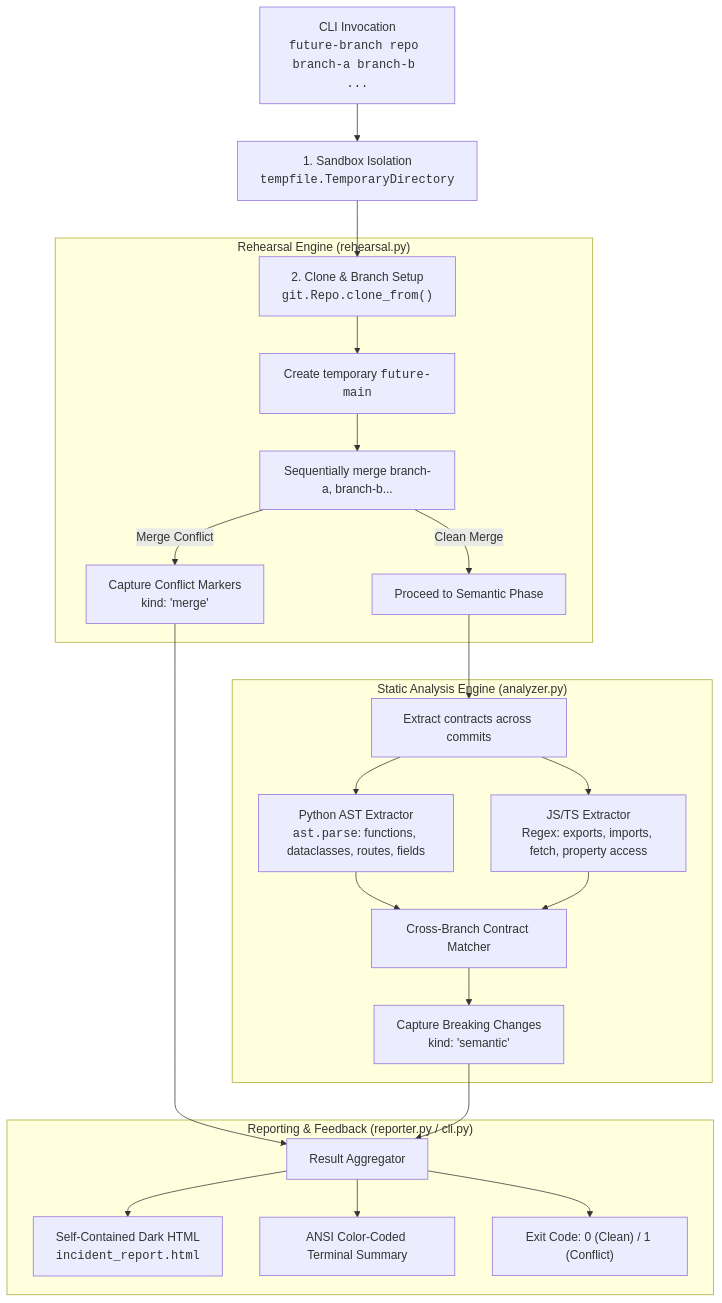
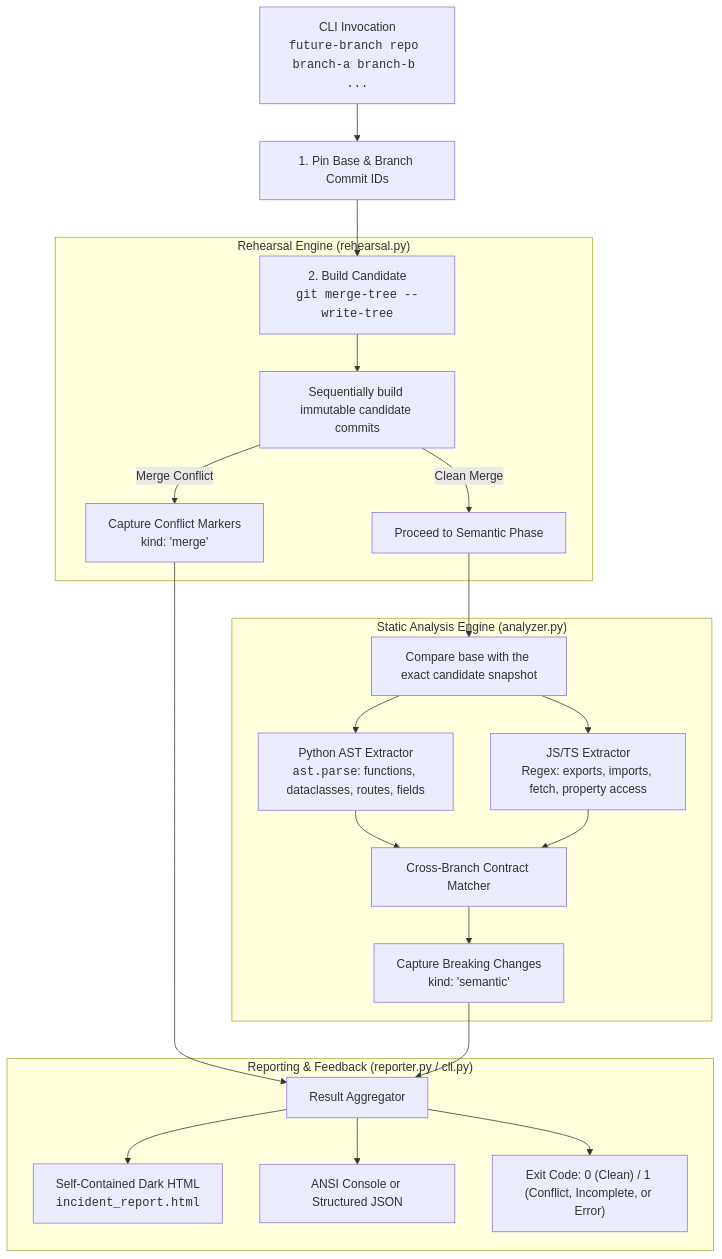
One commit to Paramount50/Future-branch changed the diagram in docs/architecture.md. Above: the diagram before and after it, drawn with Mermaid. The commit also changed other lines of this file and 2 other files, not shown here.

Commit message:
Document candidate-based rehearsal

````diff
--- a/docs/architecture.md
+++ b/docs/architecture.md
@@ -30,30 +30,29 @@
 ```mermaid
 flowchart TD
-    CLI["CLI Invocation<br><code>future-branch repo branch-a branch-b ...</code>"] --> Sandbox["1. Sandbox Isolation<br><code>tempfile.TemporaryDirectory</code>"]
-    Sandbox --> Clone["2. Clone & Branch Setup<br><code>git.Repo.clone_from()</code>"]
+    CLI["CLI Invocation<br><code>future-branch repo branch-a branch-b ...</code>"] --> Snapshot["1. Pin Base & Branch Commit IDs"]
+    Snapshot --> MergeTree["2. Build Candidate<br><code>git merge-tree --write-tree</code>"]
     
     subgraph RehearsalPhase ["Rehearsal Engine (rehearsal.py)"]
-        Clone --> VirtualHead["Create temporary <code>future-main</code>"]
-        VirtualHead --> SeqMerge["Sequentially merge branch-a, branch-b..."]
+        MergeTree --> SeqMerge["Sequentially build immutable candidate commits"]
         SeqMerge -->|Merge Conflict| TextualConflict["Capture Conflict Markers<br>kind: 'merge'"]
         SeqMerge -->|Clean Merge| CleanMerge["Proceed to Semantic Phase"]
     end
     
     subgraph AnalyzerPhase ["Static Analysis Engine (analyzer.py)"]
-        CleanMerge --> ASTDiff["Extract contracts across commits"]
+        CleanMerge --> ASTDiff["Compare base with the exact candidate snapshot"]
         ASTDiff --> PyExtractor["Python AST Extractor<br><code>ast.parse</code>: functions, dataclasses, routes, fields"]
         ASTDiff --> JSExtractor["JS/TS Extractor<br>Regex: exports, imports, fetch, property access"]
         PyExtractor --> CrossMatcher["Cross-Branch Contract Matcher"]
         JSExtractor --> CrossMatcher
         CrossMatcher --> SemanticConflict["Capture Breaking Changes<br>kind: 'semantic'"]
     end
 
     TextualConflict --> Aggregator["Result Aggregator"]
     SemanticConflict --> Aggregator
     
     subgraph OutputPhase ["Reporting & Feedback (reporter.py / cli.py)"]
         Aggregator --> HTMLReport["Self-Contained Dark HTML<br><code>incident_report.html</code>"]
-        Aggregator --> Terminal["ANSI Color-Coded Terminal Summary"]
-        Aggregator --> ExitCode["Exit Code: 0 (Clean) / 1 (Conflict)"]
+        Aggregator --> Terminal["ANSI Console or Structured JSON"]
+        Aggregator --> ExitCode["Exit Code: 0 (Clean) / 1 (Conflict, Incomplete, or Error)"]
     end
 ```
````
